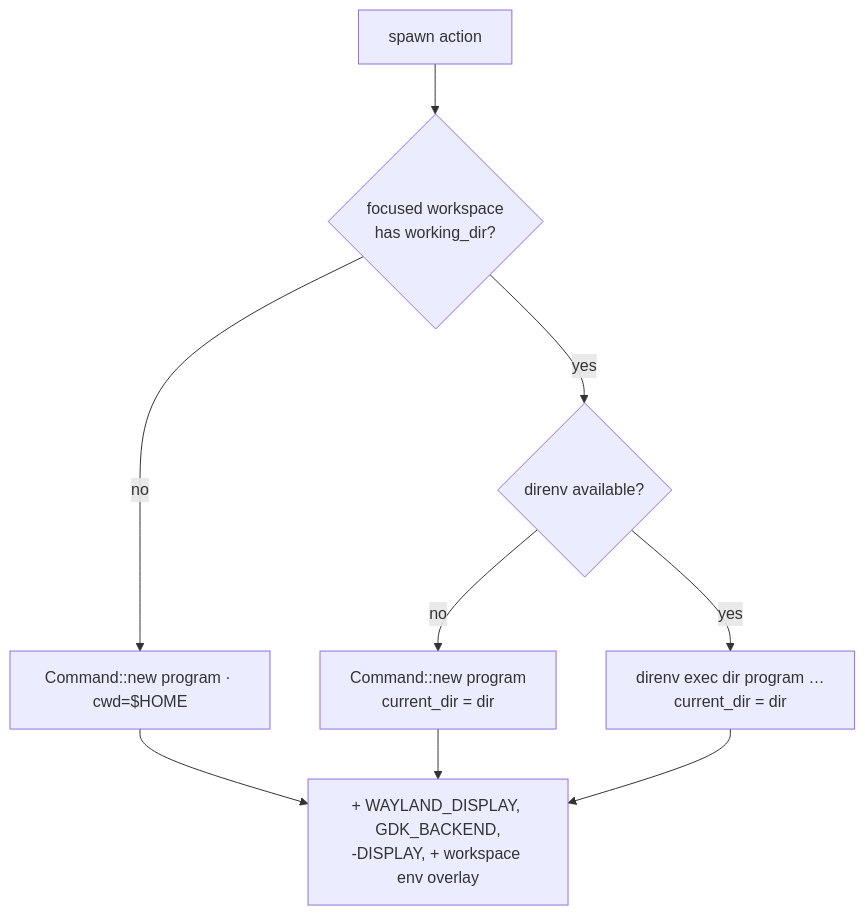
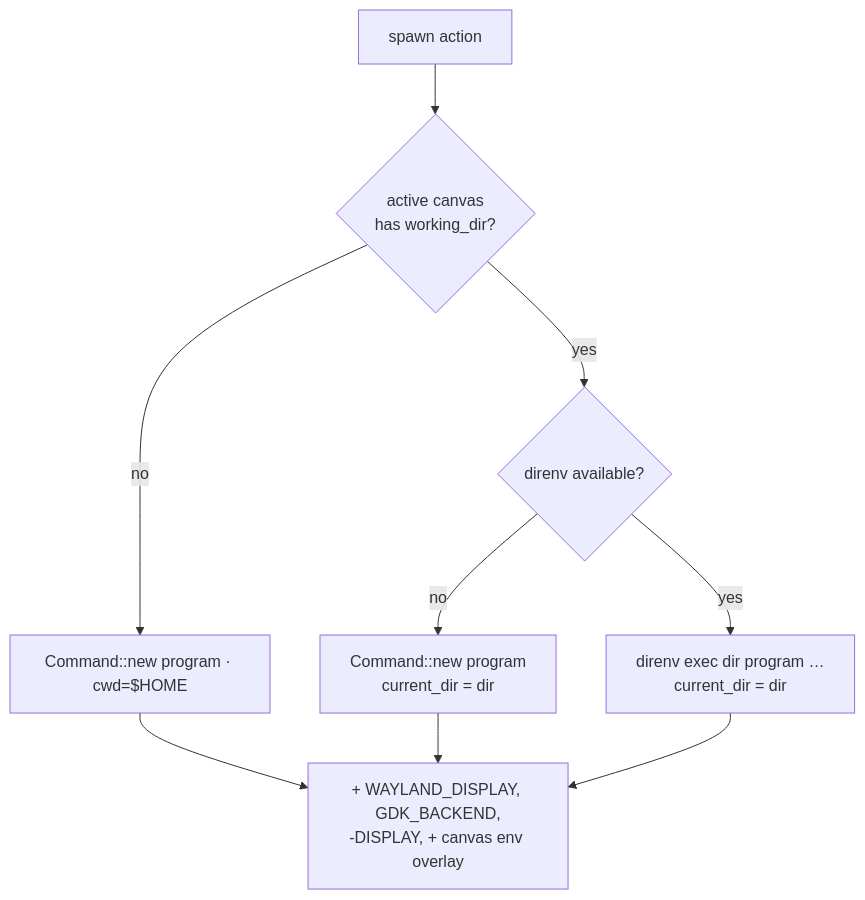
One commit to mozufu/sayuki changed the third of 3 diagrams in docs/milestone-5-window-manager-model.md. Above: the diagram before and after it, drawn with Mermaid. The commit also changed other lines of this file and 1 other file, not shown here.

First line of the commit message:
docs: recast milestone 5 as canvas/viewport wm

````diff
--- a/docs/milestone-5-window-manager-model.md
+++ b/docs/milestone-5-window-manager-model.md
@@ -279,11 +487,11 @@
 ```mermaid
 flowchart TD
-    A[spawn action] --> B{focused workspace<br/>has working_dir?}
+    A[spawn action] --> B{active canvas<br/>has working_dir?}
     B -- no --> P[Command::new program · cwd=$HOME]
     B -- yes --> C{direnv available?}
     C -- no --> D[Command::new program<br/>current_dir = dir]
     C -- yes --> E[direnv exec dir program …<br/>current_dir = dir]
-    P --> Z[+ WAYLAND_DISPLAY, GDK_BACKEND,<br/>-DISPLAY, + workspace env overlay]
+    P --> Z[+ WAYLAND_DISPLAY, GDK_BACKEND,<br/>-DISPLAY, + canvas env overlay]
     D --> Z
     E --> Z
 ```
````
